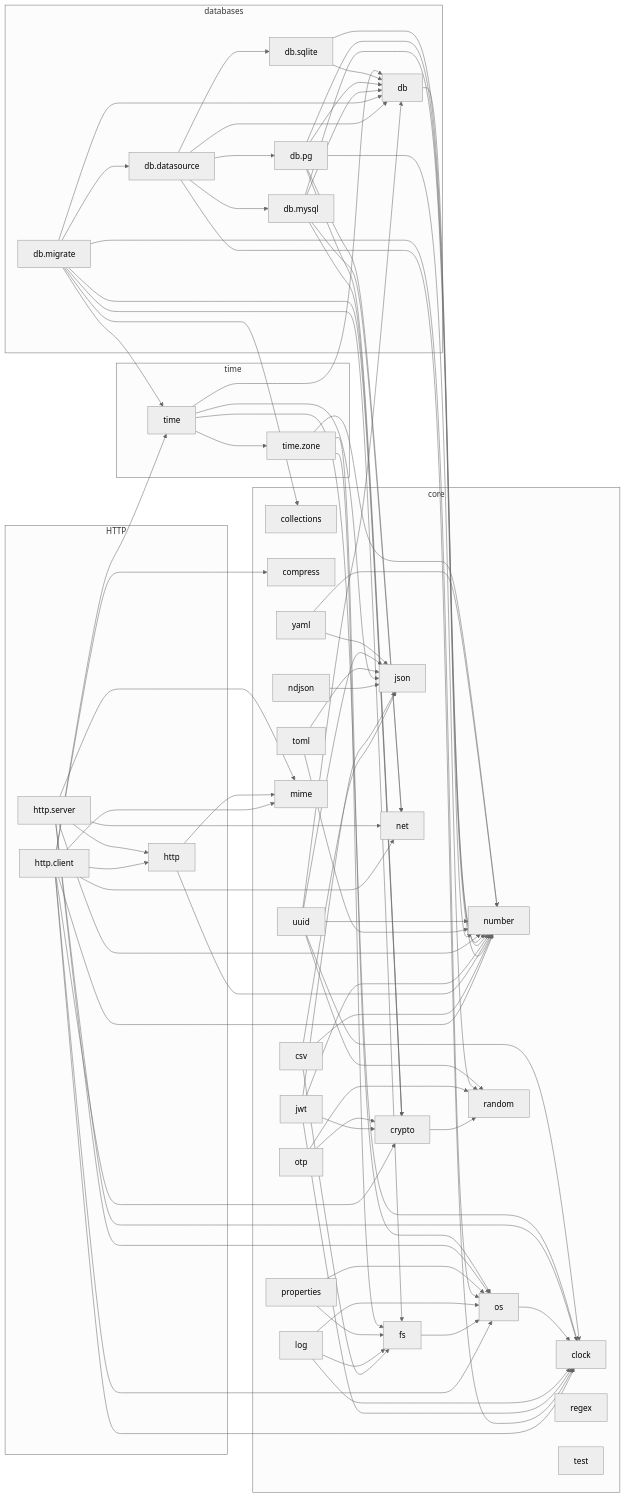
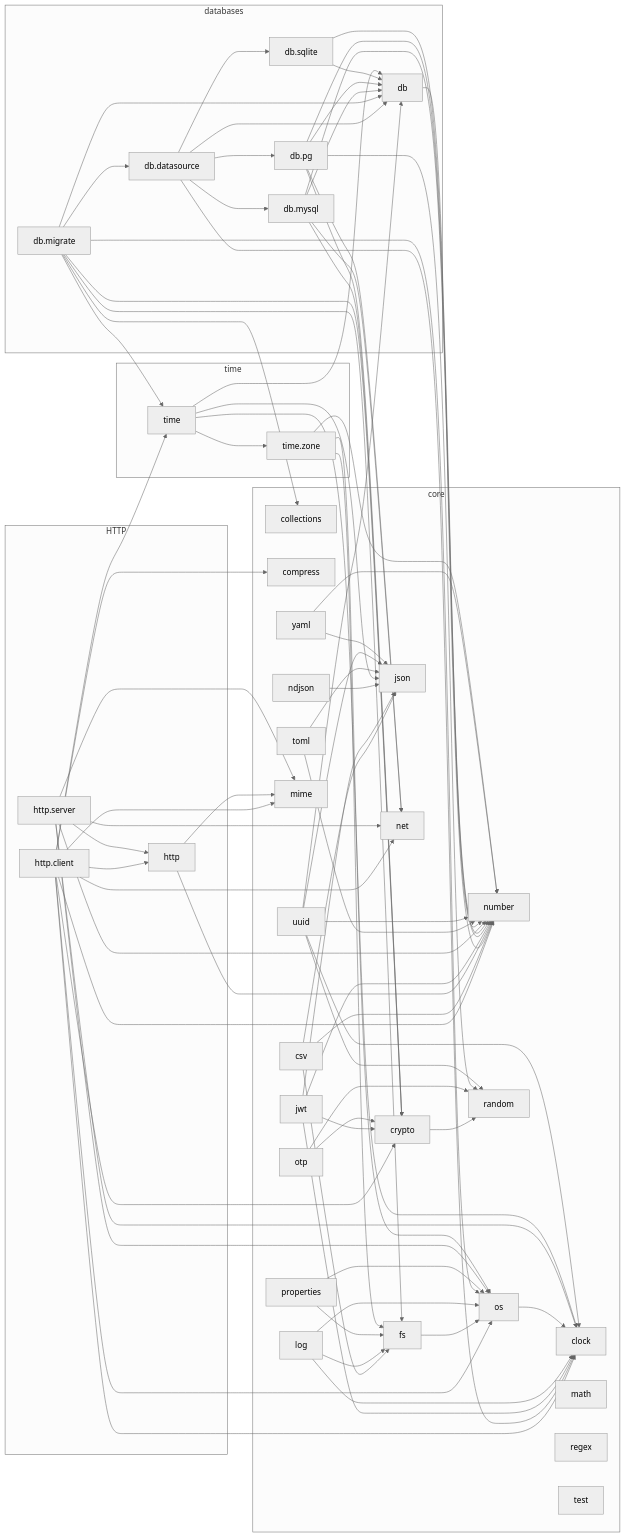
The diagram in docs/lib/dependencies.md (vasnatech/ziman), drawn with Mermaid (neutral theme) before and after one commit. The commit also changed other lines of this file and 42 other files, not shown here.

```diff
--- a/docs/lib/dependencies.md
+++ b/docs/lib/dependencies.md
@@ -17,6 +17,7 @@
         json["json"]
         jwt["jwt"]
         log["log"]
+        math["math"]
         mime["mime"]
         ndjson["ndjson"]
         net["net"]
```
